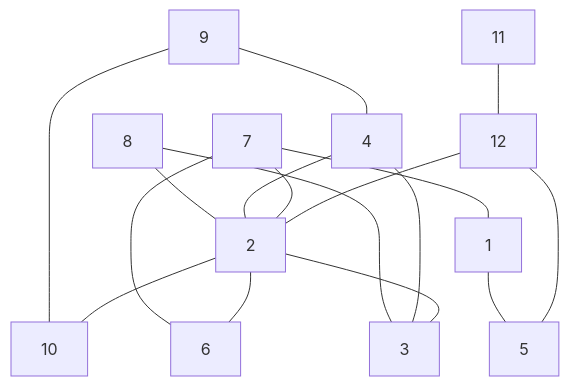
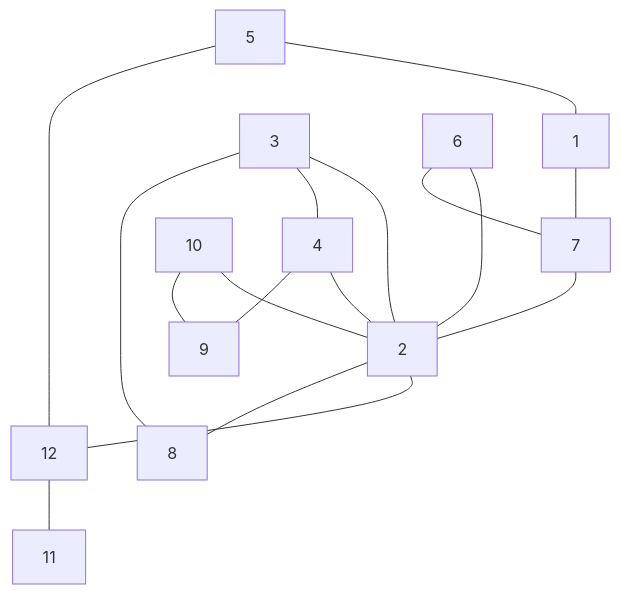
The diagram in README.md (antononcube/Raku-Graph), drawn with Mermaid before and after one commit. The commit also changed other lines of this file and 1 other file, not shown here.

Commit message:
docs:Added badges.

````diff
--- a/README.md
+++ b/README.md
@@ -149,19 +156,19 @@
 ```mermaid
 graph TD
-11 --- 12
-9 --- 4
-9 --- 10
-8 --- 3
-8 --- 2
+5 --- 1
+5 --- 12
+3 --- 2
+3 --- 4
+3 --- 8
+6 --- 2
+6 --- 7
+1 --- 7
+10 --- 2
+10 --- 9
 4 --- 2
-4 --- 3
-7 --- 1
-7 --- 6
+4 --- 9
 7 --- 2
-1 --- 5
-12 --- 5
-12 --- 2
-2 --- 10
-2 --- 6
-2 --- 3
+2 --- 12
+2 --- 8
+12 --- 11
 ```
````
